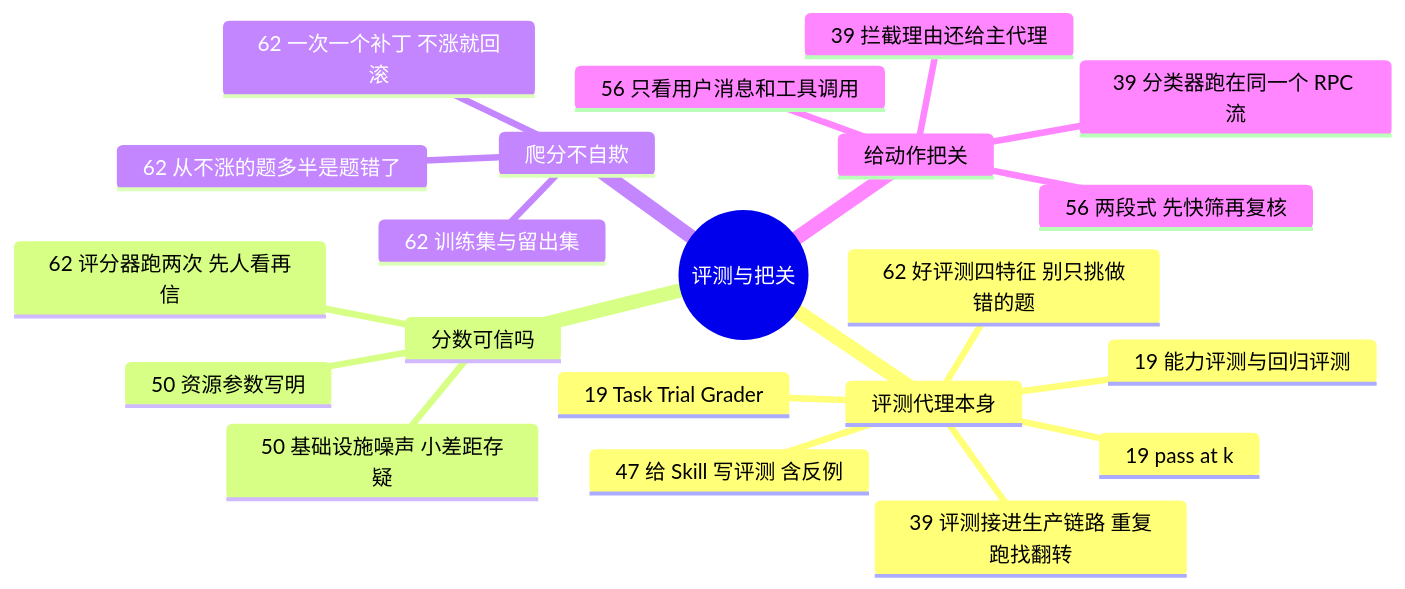
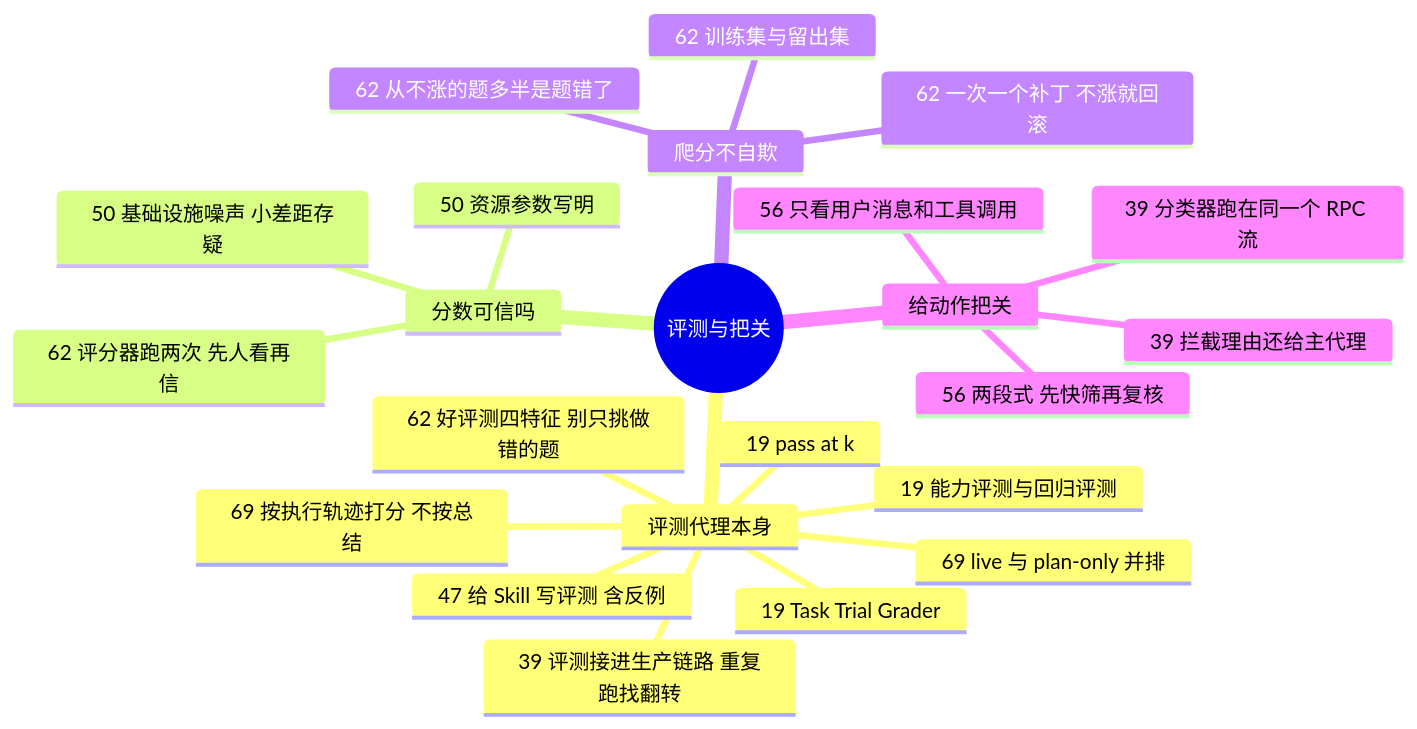
Before and after one commit to yzw7489757/ai-coding-videos: the diagram in docs/guide/evals.md, drawn with Mermaid. The commit also changed other lines of this file and 19 other files, not shown here.

````diff
--- a/docs/guide/evals.md
+++ b/docs/guide/evals.md
@@ -15,24 +15,26 @@
 ```mermaid
 mindmap
   root((评测与把关))
     评测代理本身
       19 Task Trial Grader
       19 能力评测与回归评测
       19 pass at k
       39 评测接进生产链路 重复跑找翻转
       47 给 Skill 写评测 含反例
       62 好评测四特征 别只挑做错的题
+      69 按执行轨迹打分 不按总结
+      69 live 与 plan-only 并排
     分数可信吗
       50 基础设施噪声 小差距存疑
       50 资源参数写明
       62 评分器跑两次 先人看再信
     爬分不自欺
       62 训练集与留出集
       62 一次一个补丁 不涨就回滚
       62 从不涨的题多半是题错了
     给动作把关
       39 分类器跑在同一个 RPC 流
       39 拦截理由还给主代理
       56 两段式 先快筛再复核
       56 只看用户消息和工具调用
 ```
````
